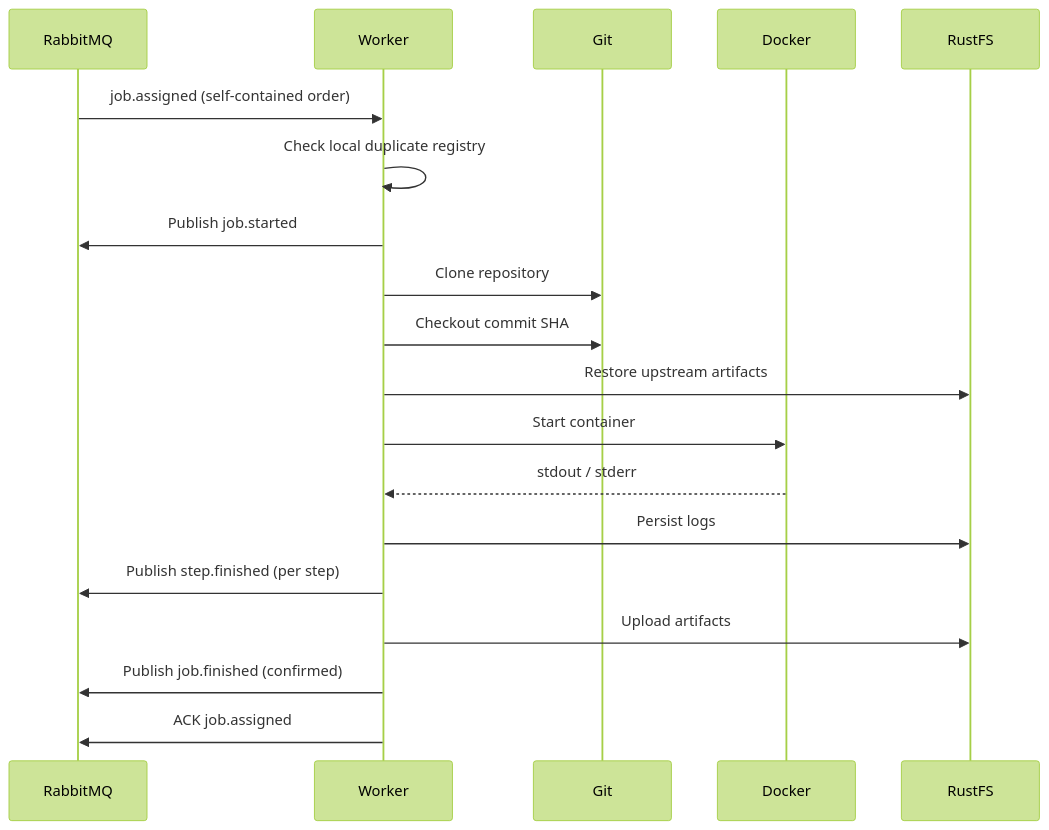
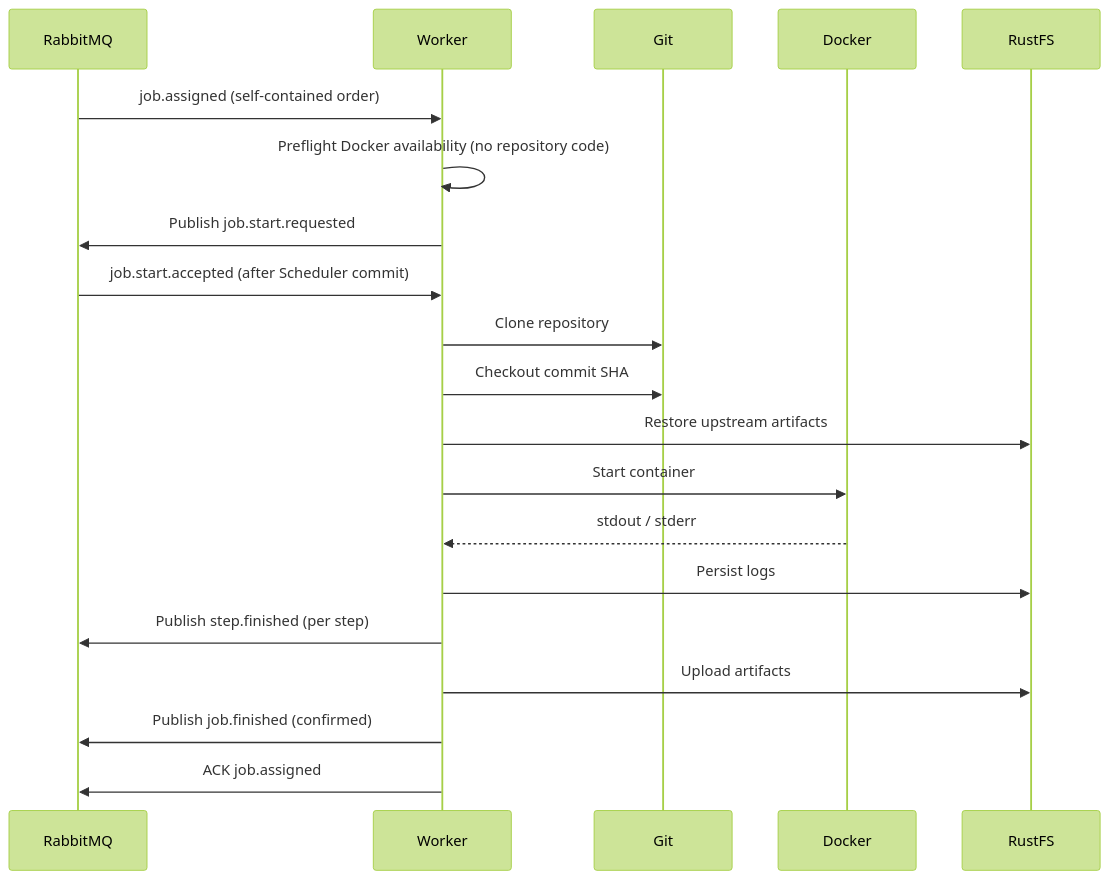
The third of 3 diagrams in docs/architecture/components/worker/09-worker-architecture.md (Rustkins-Project/RustkinsDocs), drawn with Mermaid (forest theme) before and after one commit. The commit also changed other lines of this file and 8 other files, not shown here.

````diff
--- a/docs/architecture/components/worker/09-worker-architecture.md
+++ b/docs/architecture/components/worker/09-worker-architecture.md
@@ -103,23 +103,24 @@
 ``` mermaid
 sequenceDiagram
 
 participant MQ as RabbitMQ
 participant W as Worker
 participant Git
 participant Docker
 participant RustFS
 
 MQ->>W: job.assigned (self-contained order)
-W->>W: Check local duplicate registry
-W->>MQ: Publish job.started
+W->>W: Preflight Docker availability (no repository code)
+W->>MQ: Publish job.start.requested
+MQ->>W: job.start.accepted (after Scheduler commit)
 W->>Git: Clone repository
 W->>Git: Checkout commit SHA
 W->>RustFS: Restore upstream artifacts
 W->>Docker: Start container
 Docker-->>W: stdout / stderr
 W->>RustFS: Persist logs
 W->>MQ: Publish step.finished (per step)
 W->>RustFS: Upload artifacts
 W->>MQ: Publish job.finished (confirmed)
 W->>MQ: ACK job.assigned
 ```
````
